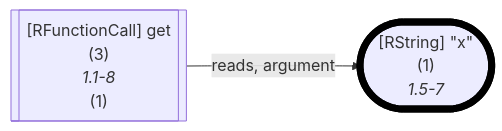
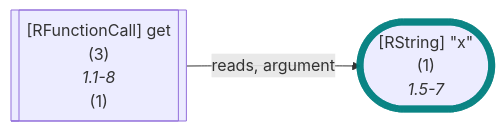
One commit to flowr-analysis/flowr changed the seventh of 33 diagrams in wiki/Dataflow Graph.md. Above: the diagram before and after it, drawn with Mermaid. The commit also changed other lines of this file and 8 other files, not shown here.

````diff
--- a/wiki/Dataflow Graph.md
+++ b/wiki/Dataflow Graph.md
@@ -513,12 +595,12 @@
 ```mermaid
 flowchart LR
     1(["`#91;RString#93; #34;x#34;
       (1)
       *1.5-7*`"])
-    style 1 stroke:black,stroke-width:7px; 
+    style 1 stroke:teal,stroke-width:7px,stroke-opacity:.8; 
     3[["`#91;RFunctionCall#93; get
       (3)
       *1.1-8*
     (1)`"]]
     3 -->|"reads, argument"| 1
 ```
````
